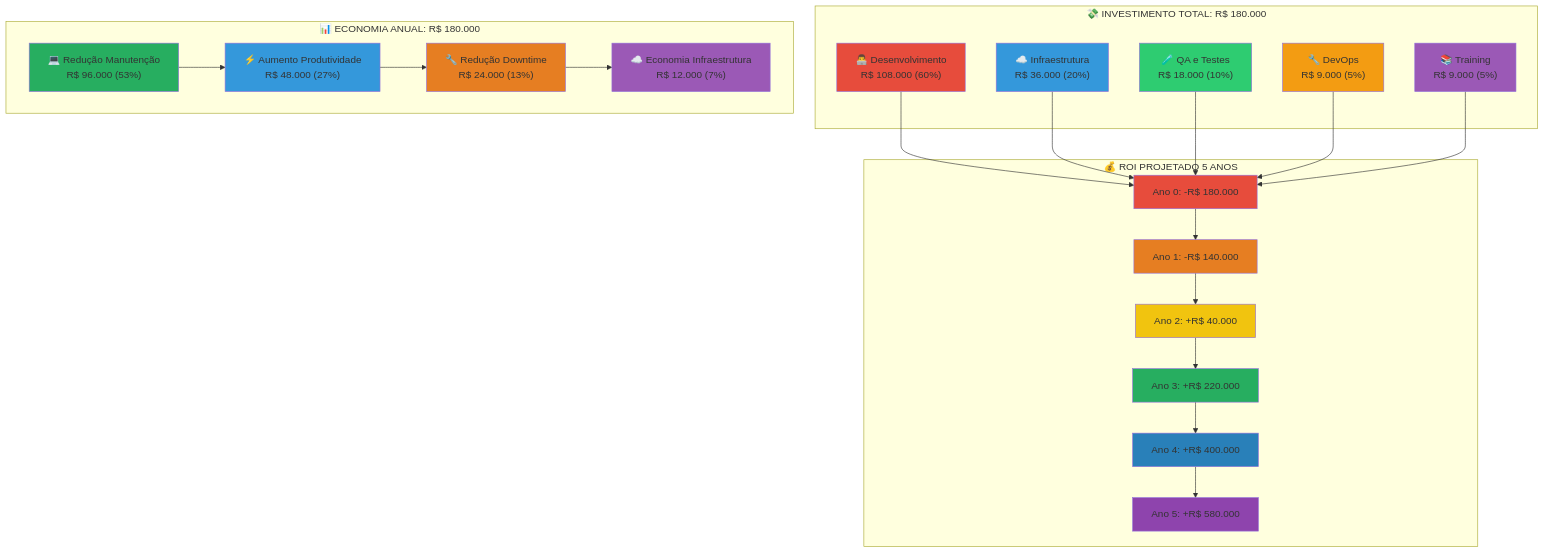
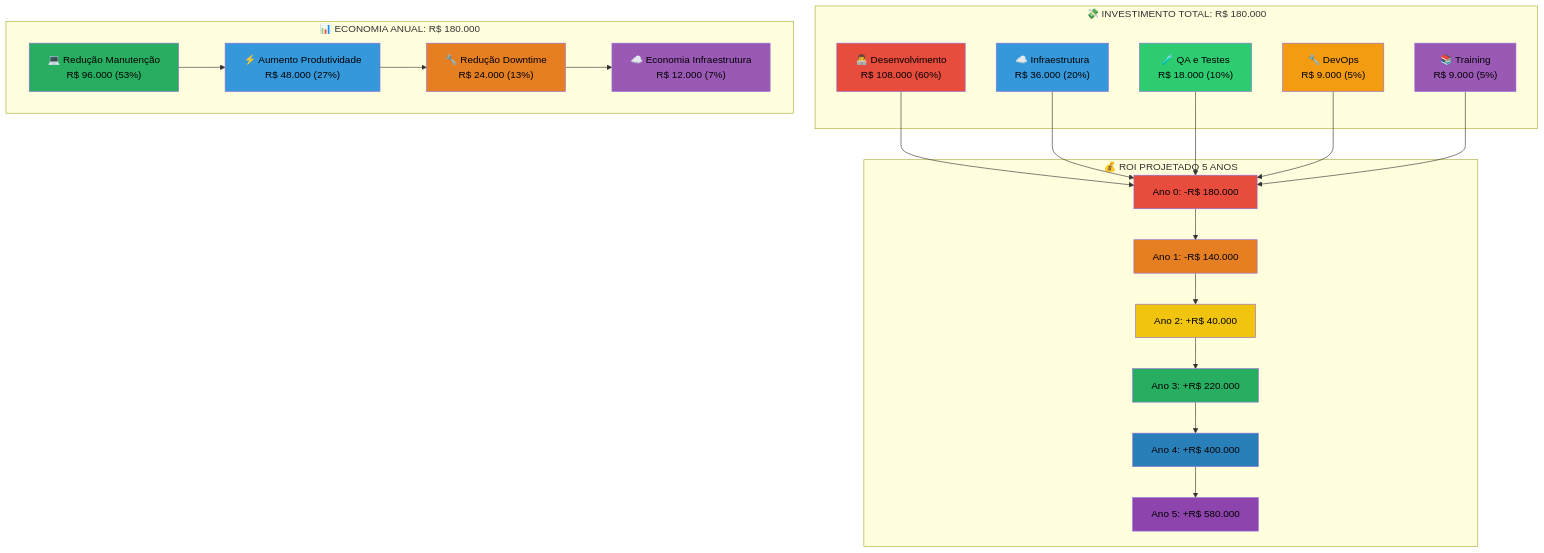
The diagram in 01-Proposta/documentacao/investment.md (EduPereiraAlest/FocusTextil), drawn with Mermaid before and after one commit. The commit also changed 8 other files, not shown here.

First line of the commit message:
fix: Melhorar legibilidade dos diagramas Mermaid com texto preto

````diff
--- a/01-Proposta/documentacao/investment.md
+++ b/01-Proposta/documentacao/investment.md
@@ -5,58 +5,58 @@
 ```mermaid
 graph TB
 subgraph "💸 INVESTIMENTO TOTAL: R$ 180.000"
 A["👨‍💻 Desenvolvimento<br/>R$ 108.000 (60%)"]
 B["☁️ Infraestrutura<br/>R$ 36.000 (20%)"]
 C["🧪 QA e Testes<br/>R$ 18.000 (10%)"]
 D["🔧 DevOps<br/>R$ 9.000 (5%)"]
 E["📚 Training<br/>R$ 9.000 (5%)"]
 end
 
 subgraph "💰 ROI PROJETADO 5 ANOS"
 F["Ano 0: -R$ 180.000"]
 G["Ano 1: -R$ 140.000"]
 H["Ano 2: +R$ 40.000"]
 I["Ano 3: +R$ 220.000"]
 J["Ano 4: +R$ 400.000"]
 K["Ano 5: +R$ 580.000"]
 end
 
 subgraph "📊 ECONOMIA ANUAL: R$ 180.000"
 L["💻 Redução Manutenção<br/>R$ 96.000 (53%)"]
 M["⚡ Aumento Produtividade<br/>R$ 48.000 (27%)"]
 N["🔧 Redução Downtime<br/>R$ 24.000 (13%)"]
 O["☁️ Economia Infraestrutura<br/>R$ 12.000 (7%)"]
 end
 
 A --> F
 B --> F
 C --> F
 D --> F
 E --> F
 
 F --> G
 G --> H
 H --> I
 I --> J
 J --> K
 
 L --> M
 M --> N
 N --> O
 
-style A fill:#e74c3c
-style B fill:#3498db
-style C fill:#2ecc71
-style D fill:#f39c12
-style E fill:#9b59b6
-style F fill:#e74c3c
-style G fill:#e67e22
-style H fill:#f1c40f
-style I fill:#27ae60
-style J fill:#2980b9
-style K fill:#8e44ad
-style L fill:#27ae60
-style M fill:#3498db
-style N fill:#e67e22
-style O fill:#9b59b6
+style A fill:#e74c3c,color:#000000
+style B fill:#3498db,color:#000000
+style C fill:#2ecc71,color:#000000
+style D fill:#f39c12,color:#000000
+style E fill:#9b59b6,color:#000000
+style F fill:#e74c3c,color:#000000
+style G fill:#e67e22,color:#000000
+style H fill:#f1c40f,color:#000000
+style I fill:#27ae60,color:#000000
+style J fill:#2980b9,color:#000000
+style K fill:#8e44ad,color:#000000
+style L fill:#27ae60,color:#000000
+style M fill:#3498db,color:#000000
+style N fill:#e67e22,color:#000000
+style O fill:#9b59b6,color:#000000
 ```
````
